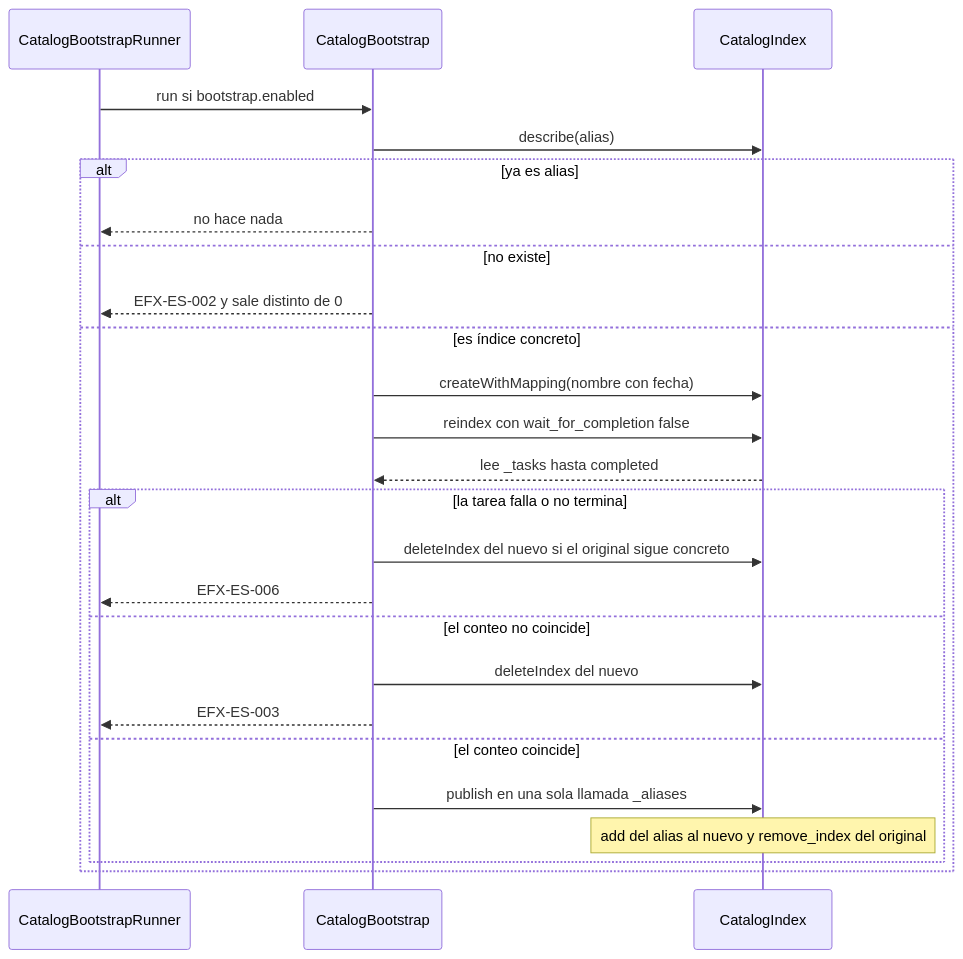
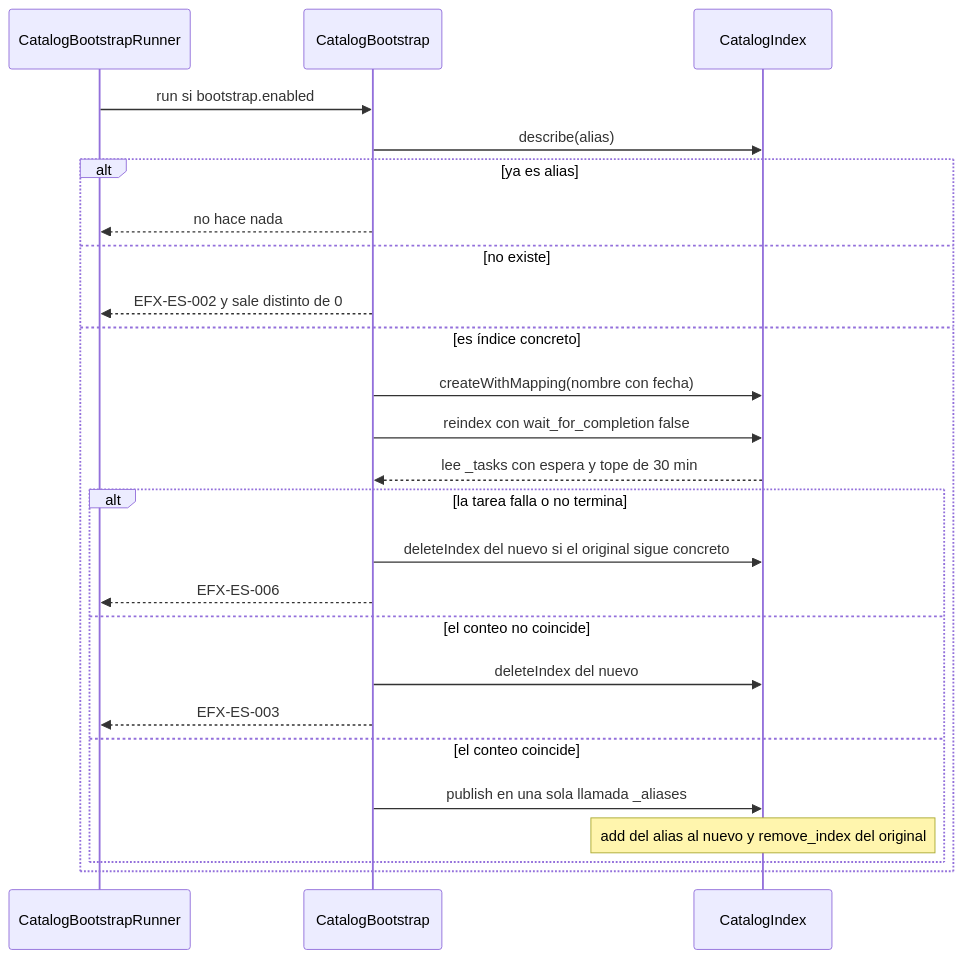
One commit to bigfito/elastiflix-reloaded changed the third of 3 diagrams in docs/diseno/1.md. Above: the diagram before and after it, drawn with Mermaid. The commit also changed other lines of this file and 5 other files, not shown here.

First line of the commit message:
B-04: la copia espera en _tasks sin dormir

````diff
--- a/docs/diseno/1.md
+++ b/docs/diseno/1.md
@@ -129,28 +129,28 @@
 ```mermaid
 sequenceDiagram
   participant Run as CatalogBootstrapRunner
   participant Boot as CatalogBootstrap
   participant Cat as CatalogIndex
 
   Run->>Boot: run si bootstrap.enabled
   Boot->>Cat: describe(alias)
   alt ya es alias
     Boot-->>Run: no hace nada
   else no existe
     Boot-->>Run: EFX-ES-002 y sale distinto de 0
   else es índice concreto
     Boot->>Cat: createWithMapping(nombre con fecha)
     Boot->>Cat: reindex con wait_for_completion false
-    Cat-->>Boot: lee _tasks hasta completed
+    Cat-->>Boot: lee _tasks con espera y tope de 30 min
     alt la tarea falla o no termina
       Boot->>Cat: deleteIndex del nuevo si el original sigue concreto
       Boot-->>Run: EFX-ES-006
     else el conteo no coincide
       Boot->>Cat: deleteIndex del nuevo
       Boot-->>Run: EFX-ES-003
     else el conteo coincide
       Boot->>Cat: publish en una sola llamada _aliases
       Note over Cat: add del alias al nuevo y remove_index del original
     end
   end
 ```
````
